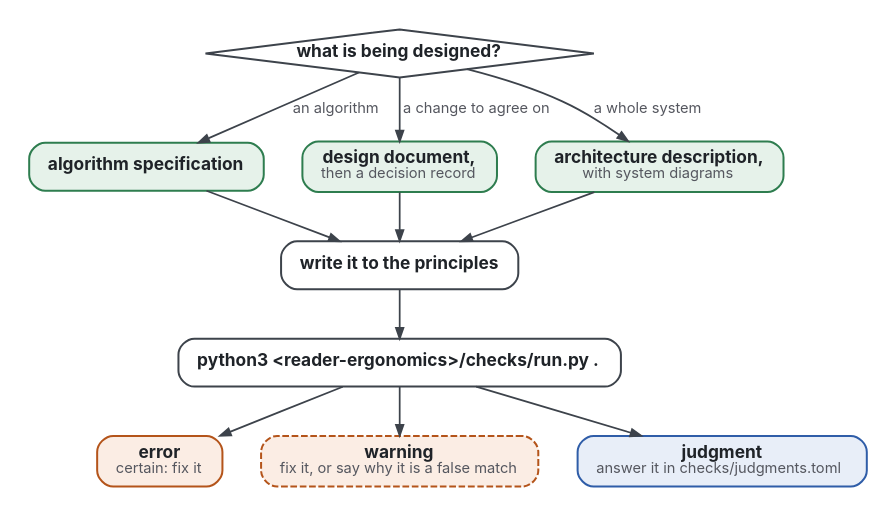
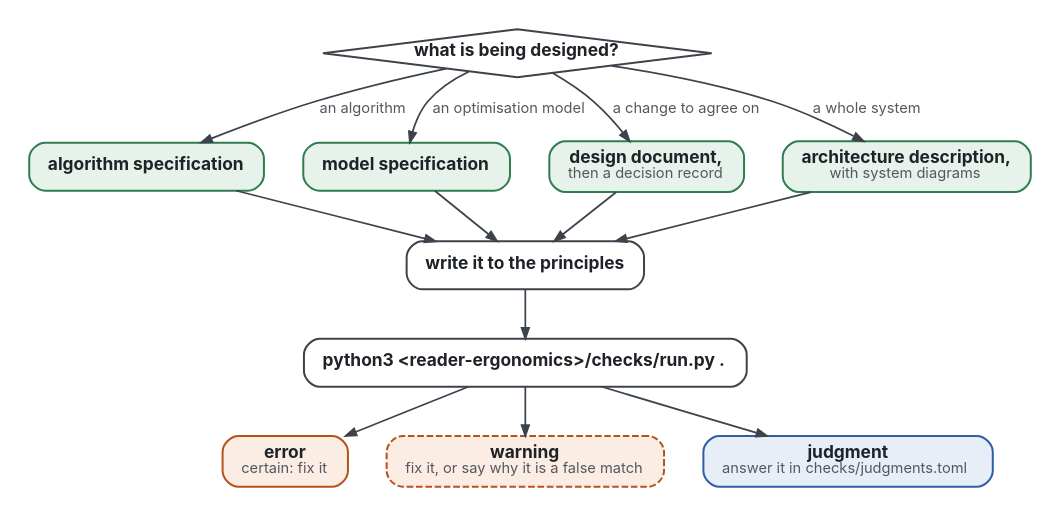
Before and after one commit to Tewf/reader-ergonomics-software-design: the diagram in standard.md, drawn with Graphviz. The commit also changed other lines of this file and 17 other files, not shown here.

First line of the commit message:
Add the model specification, a sixth shape, release v1.1.0

````diff
--- a/standard.md
+++ b/standard.md
@@ -15,28 +15,31 @@
 ```dot
 digraph how_to_use {
   graph [rankdir=TB, nodesep=0.4, ranksep=0.5, bgcolor="white", pad=0.2, fontname="Inter"];
   node  [shape=box, style="rounded,filled", fontname="Inter", fontsize=13, margin="0.2,0.1", penwidth=1.5, fontcolor="#1F2328"];
   edge  [fontname="Inter", fontsize=11, color="#3D434B", fontcolor="#55575F", penwidth=1.3, arrowsize=0.8];
   Q [label=<<b>what is being designed?</b>>, fillcolor="#FFFFFF", color="#3D434B", shape=diamond, style="filled", margin="0.05,0.05"];
   AL [label=<<b>algorithm specification</b>>, fillcolor="#E6F2EA", color="#2E7D4F"];
+  MS [label=<<b>model specification</b>>, fillcolor="#E6F2EA", color="#2E7D4F"];
   DD [label=<<b>design document,</b><br/><font point-size="11" color="#55575F">then a decision record</font>>, fillcolor="#E6F2EA", color="#2E7D4F"];
   AD [label=<<b>architecture description,</b><br/><font point-size="11" color="#55575F">with system diagrams</font>>, fillcolor="#E6F2EA", color="#2E7D4F"];
   PR [label=<<b>write it to the principles</b>>, fillcolor="#FFFFFF", color="#3D434B"];
   RUN [label=<<b>python3 &lt;reader-ergonomics&gt;/checks/run.py .</b>>, fillcolor="#FFFFFF", color="#3D434B"];
   Q -> AL [label=" an algorithm"];
+  Q -> MS [label=" an optimisation model"];
   Q -> DD [label=" a change to agree on"];
   Q -> AD [label=" a whole system"];
-  {rank=same; AL; DD; AD}
+  {rank=same; AL; MS; DD; AD}
   AL -> PR;
+  MS -> PR;
   DD -> PR;
   AD -> PR;
   PR -> RUN;
   E [label=<<b>error</b><br/><font point-size="11" color="#55575F">certain: fix it</font>>, fillcolor="#FBEDE4", color="#B4541A"];
   W [label=<<b>warning</b><br/><font point-size="11" color="#55575F">fix it, or say why it is a false match</font>>, fillcolor="#FBEDE4", color="#B4541A", style="rounded,filled,dashed"];
   J [label=<<b>judgment</b><br/><font point-size="11" color="#55575F">answer it in checks/judgments.toml</font>>, fillcolor="#E8EEF8", color="#2F5DA8"];
   RUN -> E;
   RUN -> W;
   RUN -> J;
   {rank=same; E; W; J}
 }
 ```
````
